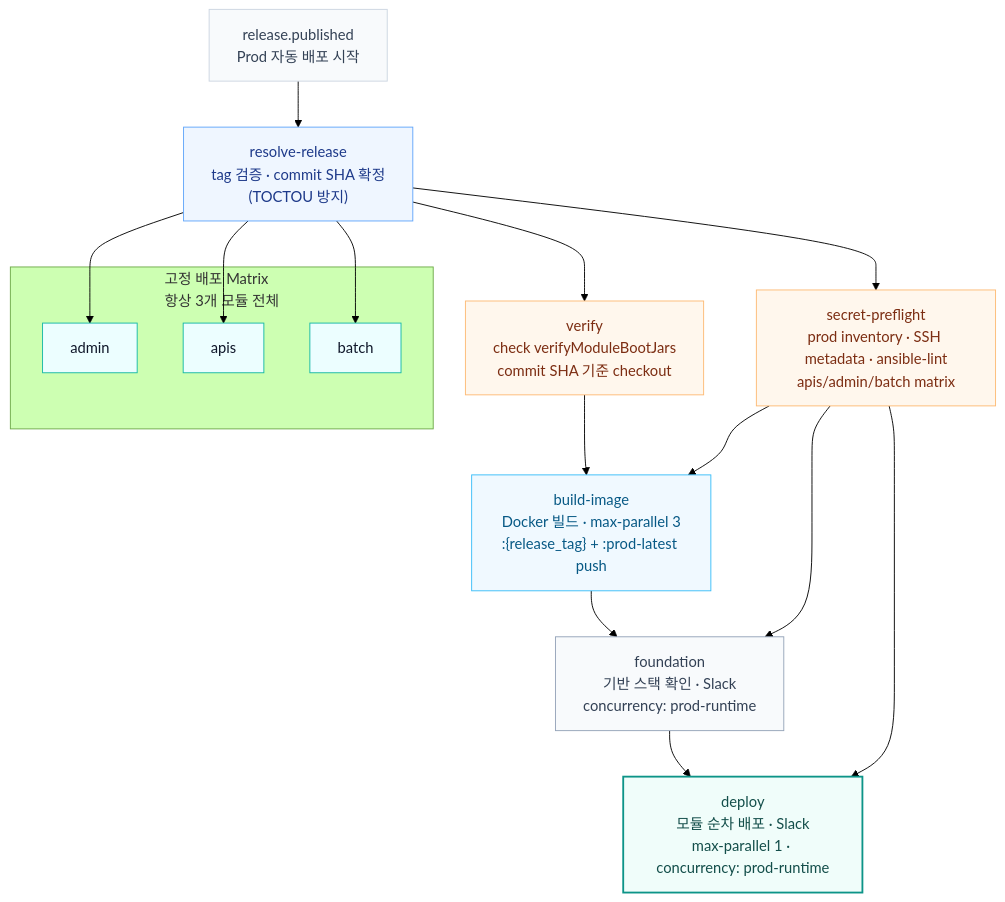
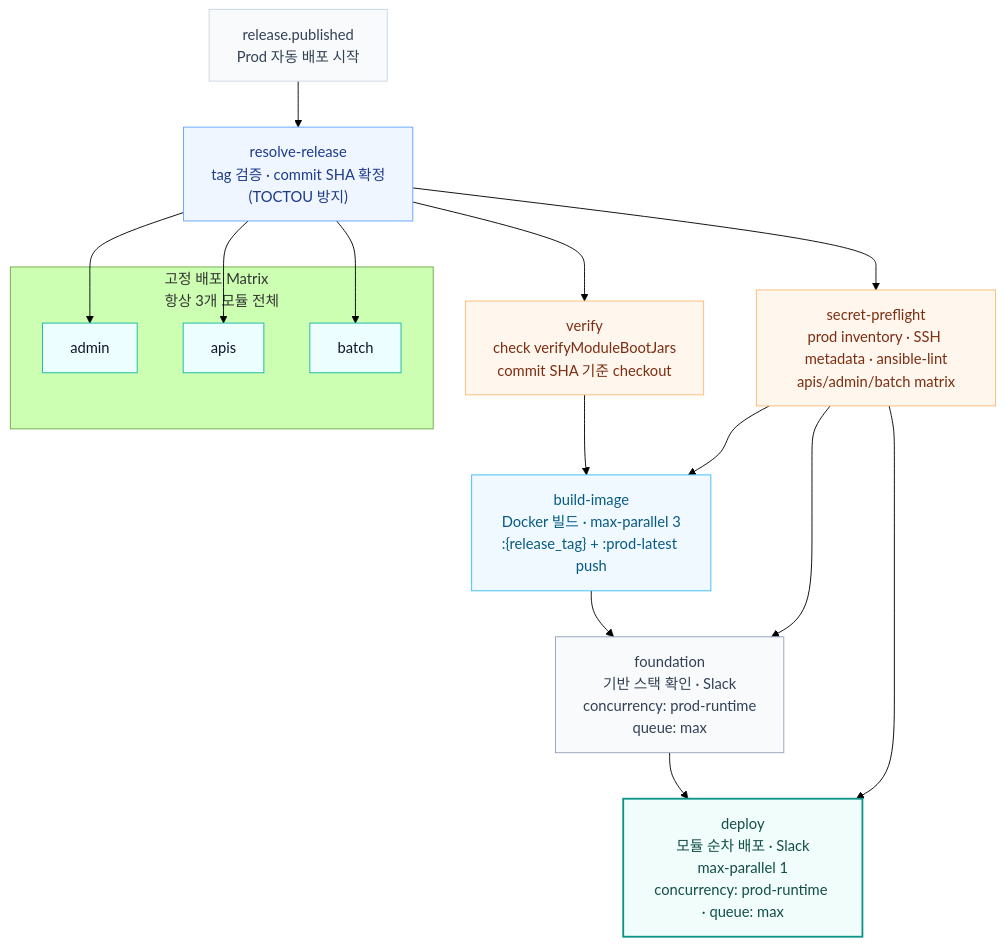
Before and after one commit to TEAM-BEAT/BEAT-SERVER: the seventh of 14 diagrams in infra/README.md, drawn with Mermaid (forest theme). The commit also changed other lines of this file and 4 other files, not shown here.

````diff
--- a/infra/README.md
+++ b/infra/README.md
@@ -584,41 +584,41 @@
 ```mermaid
 flowchart TB
     Trigger["release.published<br/>Prod 자동 배포 시작"]:::event
 
     Resolve["resolve-release<br/>tag 검증 · commit SHA 확정<br/>(TOCTOU 방지)"]:::step
 
     subgraph FIXED["고정 배포 Matrix<br/>항상 3개 모듈 전체"]
         Admin["admin"]:::matrix
         APIs["apis"]:::matrix
         Batch["batch"]:::matrix
     end
 
     Verify["verify<br/>check verifyModuleBootJars<br/>commit SHA 기준 checkout"]:::verify
 
     SecretPreflight["secret-preflight<br/>prod inventory · SSH metadata · ansible-lint<br/>apis/admin/batch matrix"]:::verify
 
     Build["build-image<br/>Docker 빌드 · max-parallel 3<br/>:{release_tag} + :prod-latest push"]:::build
 
-    Foundation["foundation<br/>기반 스택 확인 · Slack<br/>concurrency: prod-runtime"]:::infra
+    Foundation["foundation<br/>기반 스택 확인 · Slack<br/>concurrency: prod-runtime<br/>queue: max"]:::infra
 
-    Deploy["deploy<br/>모듈 순차 배포 · Slack<br/>max-parallel 1 · concurrency: prod-runtime"]:::deploy
+    Deploy["deploy<br/>모듈 순차 배포 · Slack<br/>max-parallel 1<br/>concurrency: prod-runtime · queue: max"]:::deploy
 
     Trigger --> Resolve
     Resolve --> Admin & APIs & Batch
     Resolve --> Verify
     Resolve --> SecretPreflight
     Verify --> Build
     SecretPreflight --> Build
     SecretPreflight --> Foundation
     SecretPreflight --> Deploy
     Build --> Foundation
     Foundation --> Deploy
 
     classDef event fill:#F8FAFC,stroke:#CBD5E1,stroke-width:1px,color:#334155
     classDef step fill:#EFF6FF,stroke:#60A5FA,stroke-width:1px,color:#1E3A8A
     classDef matrix fill:#ECFEFF,stroke:#14B8A6,stroke-width:1px,color:#0F172A
     classDef verify fill:#FFF7ED,stroke:#FDBA74,stroke-width:1px,color:#7C2D12
     classDef build fill:#F0F9FF,stroke:#38BDF8,stroke-width:1px,color:#075985
     classDef infra fill:#F8FAFC,stroke:#94A3B8,stroke-width:1px,color:#334155
     classDef deploy fill:#F0FDFA,stroke:#0D9488,stroke-width:2px,color:#134E4A
 ```
````
